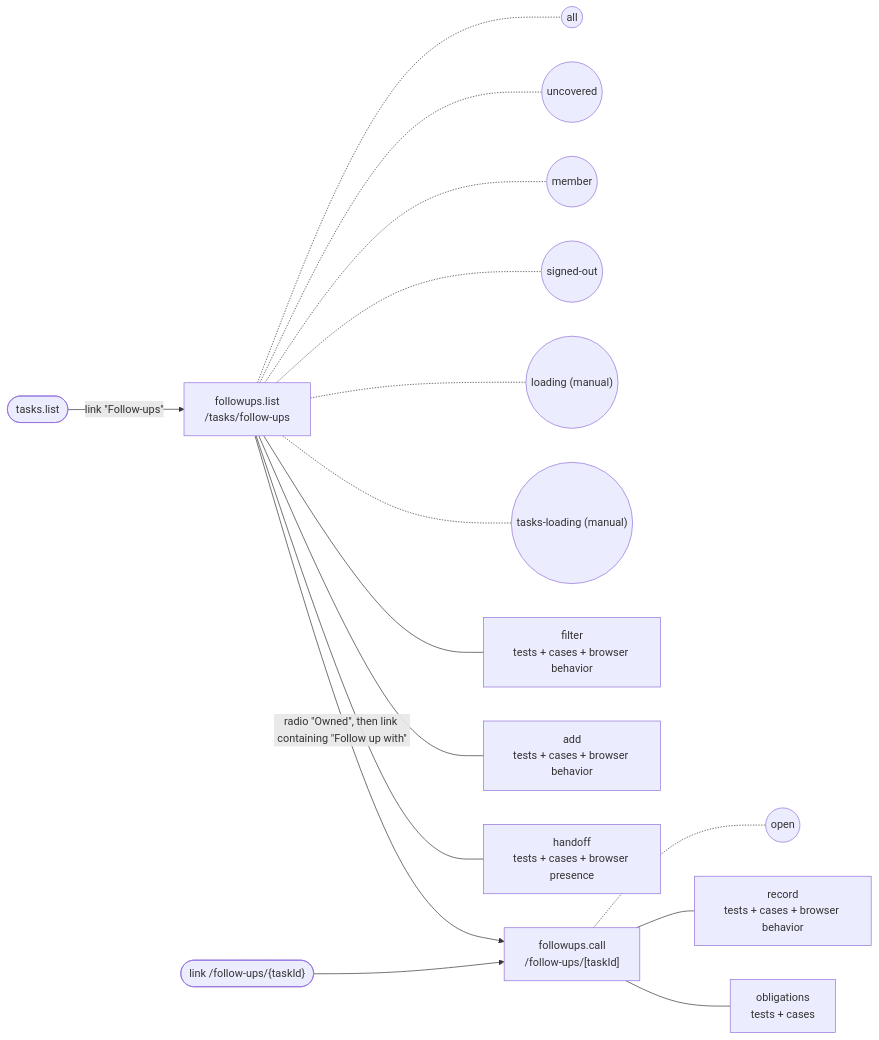
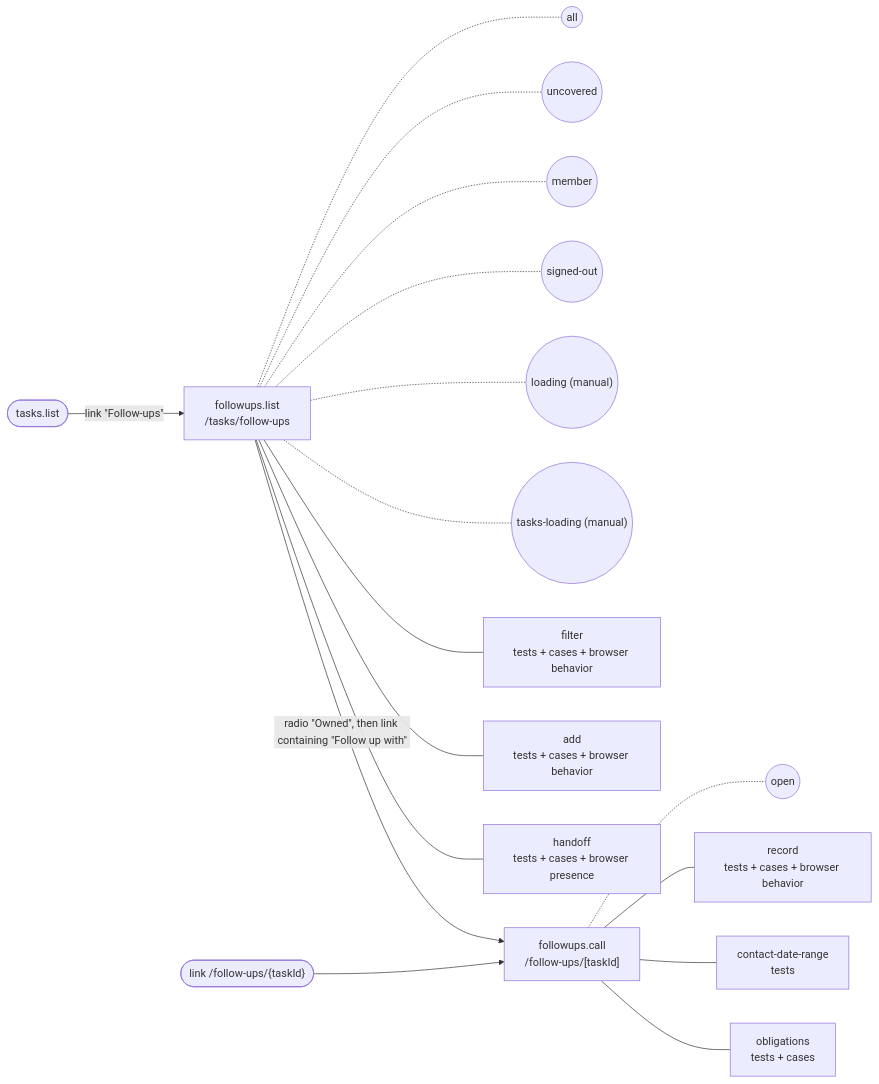
The diagram in docs/feature-maps/followups.md (SebastianGarces/everyfield), drawn with Mermaid before and after one commit. The commit also changed other lines of this file and 6 other files, not shown here.

First line of the commit message:
R-59.2 Contact dates stay in a sensible range

````diff
--- a/docs/feature-maps/followups.md
+++ b/docs/feature-maps/followups.md
@@ -6,22 +6,23 @@
 ```mermaid
 flowchart LR
   s1_link1(["link /follow-ups/{taskId}"])
   x_tasks_list(["tasks.list"])
   s0["followups.list<br/>/tasks/follow-ups"]
   x_tasks_list -- "link #quot;Follow-ups#quot;" --> s0
   s0 -.- s0_st0(("all"))
   s0 -.- s0_st1(("uncovered"))
   s0 -.- s0_st2(("member"))
   s0 -.- s0_st3(("signed-out"))
   s0 -.- s0_st4(("loading (manual)"))
   s0 -.- s0_st5(("tasks-loading (manual)"))
   s0 --- s0_b0["filter<br/>tests + cases + browser behavior"]
   s0 --- s0_b1["add<br/>tests + cases + browser behavior"]
   s0 --- s0_b2["handoff<br/>tests + cases + browser presence"]
   s1["followups.call<br/>/follow-ups/[taskId]"]
   s0 -- "radio #quot;Owned#quot;, then link containing #quot;Follow up with#quot;" --> s1
   s1_link1 --> s1
   s1 -.- s1_st0(("open"))
   s1 --- s1_b0["record<br/>tests + cases + browser behavior"]
-  s1 --- s1_b1["obligations<br/>tests + cases"]
+  s1 --- s1_b1["contact-date-range<br/>tests"]
+  s1 --- s1_b2["obligations<br/>tests + cases"]
 ```
````
